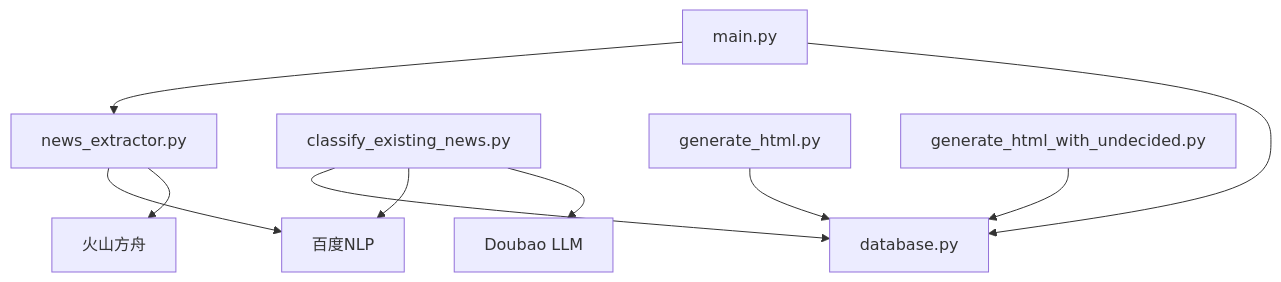
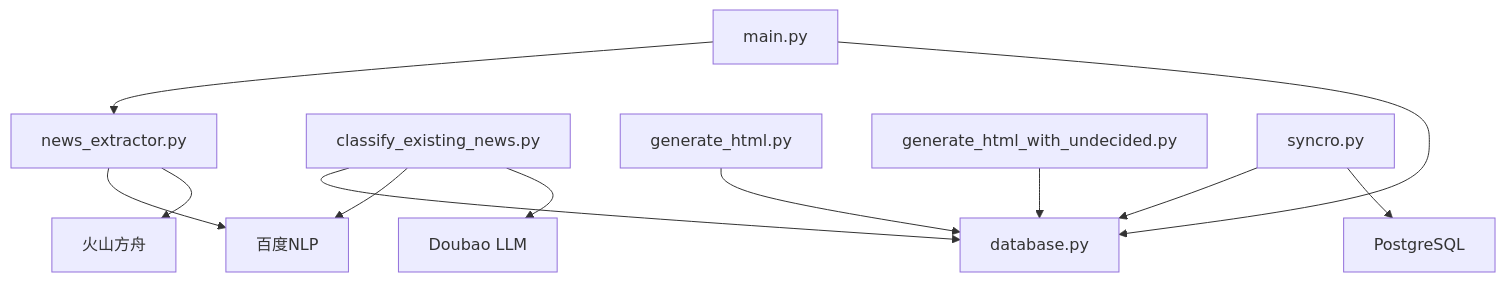
One commit to dengwanqian/news-exacter changed the seventh of 7 diagrams in .qoder/repowiki/zh/content/分类系统设计/分类系统设计.md. Above: the diagram before and after it, drawn with Mermaid. The commit also changed other lines of this file and 8 other files, not shown here.

````diff
--- a/.qoder/repowiki/zh/content/分类系统设计/分类系统设计.md
+++ b/.qoder/repowiki/zh/content/分类系统设计/分类系统设计.md
@@ -311,12 +329,14 @@
 ```mermaid
 graph TB
 M["main.py"] --> NE["news_extractor.py"]
 M --> DB["database.py"]
 NE --> BAIDU["百度NLP"]
 NE --> ARK["火山方舟"]
 CF["classify_existing_news.py"] --> DB
 CF --> BAIDU
 CF --> DOUBAO["Doubao LLM"]
 GH["generate_html.py"] --> DB
 GHU["generate_html_with_undecided.py"] --> DB
+SY["syncro.py"] --> DB
+SY --> PG["PostgreSQL"]
 ```
````
